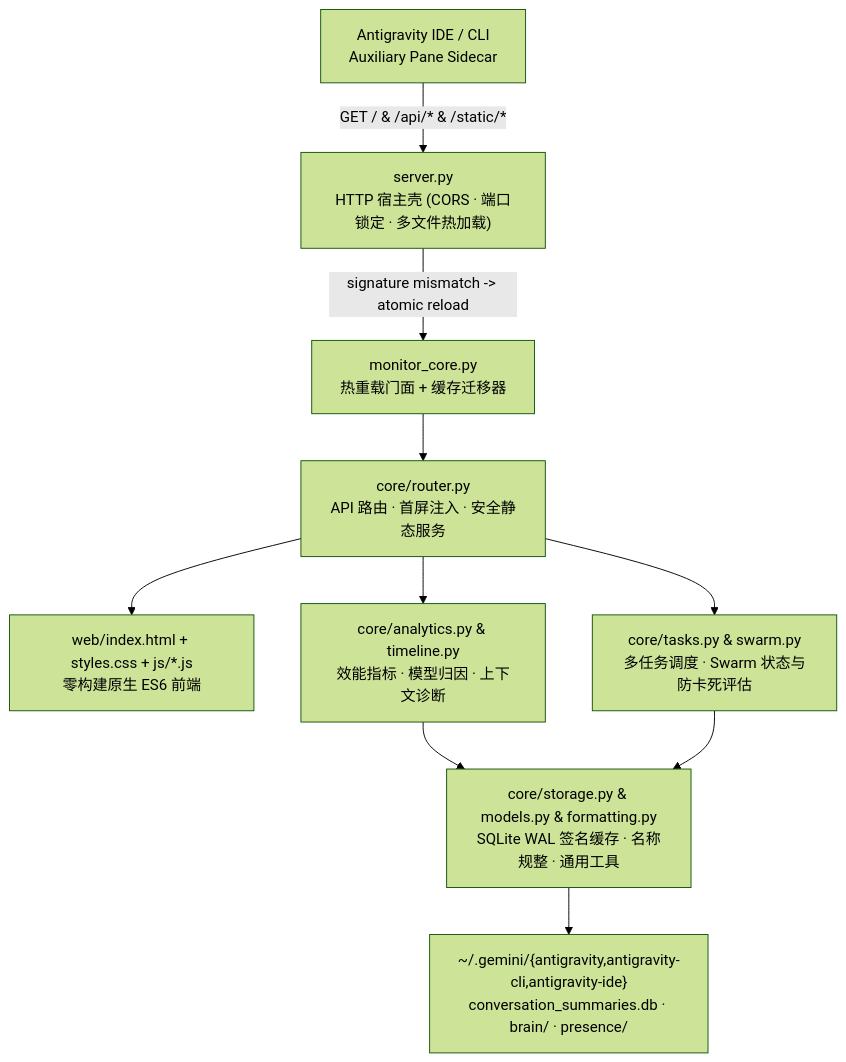
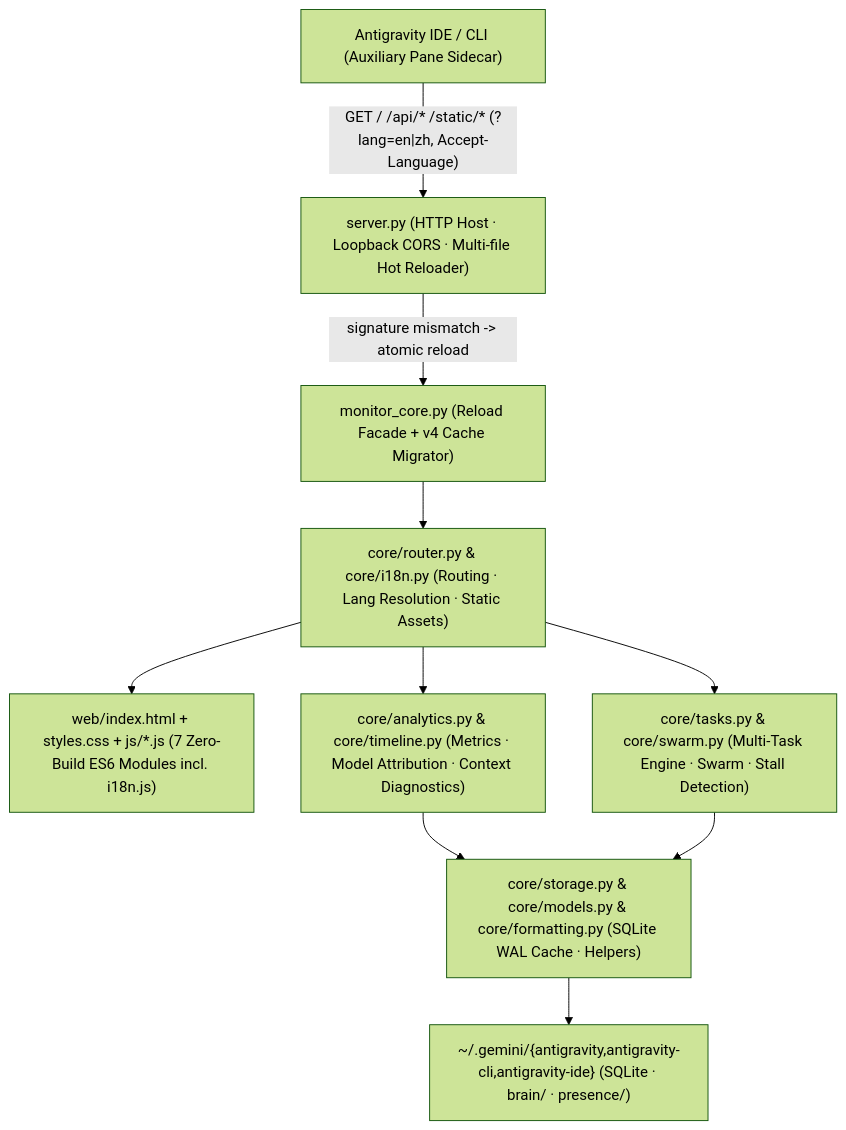
One commit to lmjmt/antigravity-pulse changed the diagram in README.md. Above: the diagram before and after it, drawn with Mermaid (forest theme). The commit also changed other lines of this file and 24 other files, not shown here.

````diff
--- a/README.md
+++ b/README.md
@@ -27,11 +33,11 @@
 ```mermaid
 flowchart TD
-    IDE["Antigravity IDE / CLI<br/>Auxiliary Pane Sidecar"] -->|"GET / & /api/* & /static/*"| Host["server.py<br/>HTTP 宿主壳 (CORS · 端口锁定 · 多文件热加载)"]
-    Host -->|"signature mismatch -> atomic reload"| Facade["monitor_core.py<br/>热重载门面 + 缓存迁移器"]
-    Facade --> Router["core/router.py<br/>API 路由 · 首屏注入 · 安全静态服务"]
-    Router --> Assets["web/index.html + styles.css + js/*.js<br/>零构建原生 ES6 前端"]
-    Router --> Ana["core/analytics.py & timeline.py<br/>效能指标 · 模型归因 · 上下文诊断"]
-    Router --> Tasks["core/tasks.py & swarm.py<br/>多任务调度 · Swarm 状态与防卡死评估"]
-    Ana & Tasks --> Storage["core/storage.py & models.py & formatting.py<br/>SQLite WAL 签名缓存 · 名称规整 · 通用工具"]
-    Storage --> DataSources["~/.gemini/{antigravity,antigravity-cli,antigravity-ide}<br/>conversation_summaries.db · brain/ · presence/"]
+    IDE["Antigravity IDE / CLI (Auxiliary Pane Sidecar)"] -->|"GET / /api/* /static/* (?lang=en|zh, Accept-Language)"| Host["server.py (HTTP Host · Loopback CORS · Multi-file Hot Reloader)"]
+    Host -->|"signature mismatch -> atomic reload"| Facade["monitor_core.py (Reload Facade + v4 Cache Migrator)"]
+    Facade --> Router["core/router.py & core/i18n.py (Routing · Lang Resolution · Static Assets)"]
+    Router --> Assets["web/index.html + styles.css + js/*.js (7 Zero-Build ES6 Modules incl. i18n.js)"]
+    Router --> Ana["core/analytics.py & core/timeline.py (Metrics · Model Attribution · Context Diagnostics)"]
+    Router --> Tasks["core/tasks.py & core/swarm.py (Multi-Task Engine · Swarm · Stall Detection)"]
+    Ana & Tasks --> Storage["core/storage.py & core/models.py & core/formatting.py (SQLite WAL Cache · Helpers)"]
+    Storage --> DataSources["~/.gemini/{antigravity,antigravity-cli,antigravity-ide} (SQLite · brain/ · presence/)"]
 ```
````
